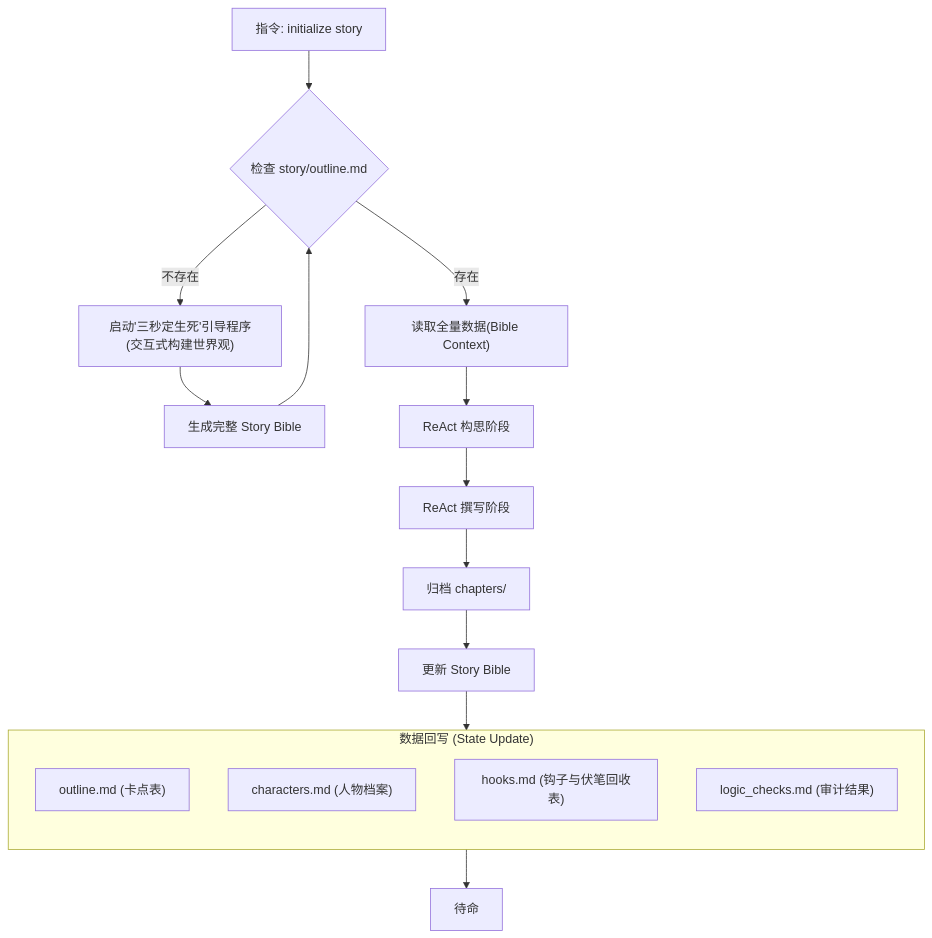
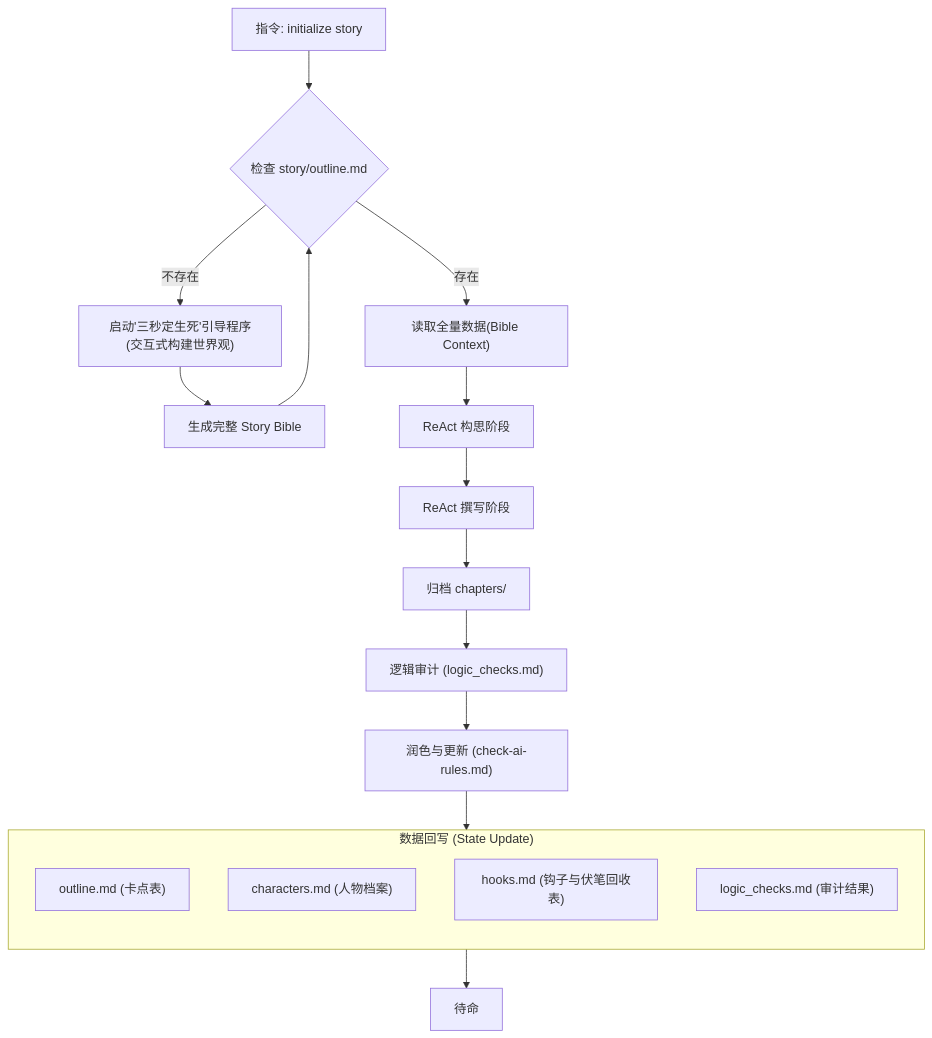
The diagram in AGENTS.md (tiger-yi/story-assistant), drawn with Mermaid before and after one commit. The commit also changed other lines of this file and 3 other files, not shown here.

````diff
--- a/AGENTS.md
+++ b/AGENTS.md
@@ -29,27 +29,29 @@
 ```mermaid
 flowchart TD
     Start["指令: initialize story"] --> CheckOutline{"检查 story/outline.md"}
 
     CheckOutline -->|"不存在"| Genesis["启动'三秒定生死'引导程序(交互式构建世界观)"]
     Genesis --> GenerateBible["生成完整 Story Bible"]
     GenerateBible --> CheckOutline
 
     CheckOutline -->|"存在"| Read["读取全量数据(Bible Context)"]
 
     Read --> Plan["ReAct 构思阶段"]
     Plan --> Draft["ReAct 撰写阶段"]
     
-    Draft -->Publish["归档 chapters/"]
-    Publish --> Update["更新 Story Bible"]
+    Draft --> Publish["归档 chapters/"]
+    
+    Publish --> Audit["逻辑审计 (logic_checks.md)"]
+    Audit --> Update["润色与更新 (check-ai-rules.md)"]
     
     subgraph UpdateBible ["数据回写 (State Update)"]
         direction TB
         U1["outline.md (卡点表)"]
         U2["characters.md (人物档案)"]
         U3["hooks.md (钩子与伏笔回收表)"]
         U4["logic_checks.md (审计结果)"]
     end
     
     Update --> UpdateBible
     UpdateBible --> Finish["待命"]
 ```
````
